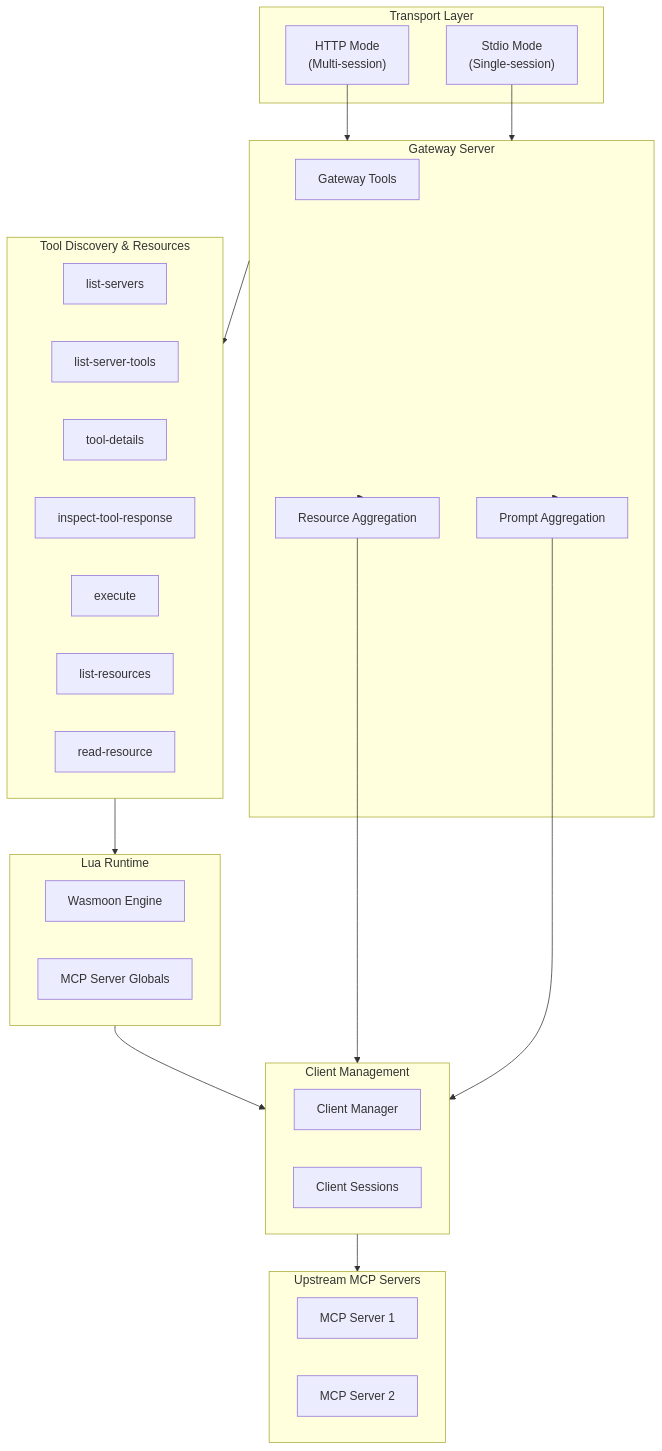
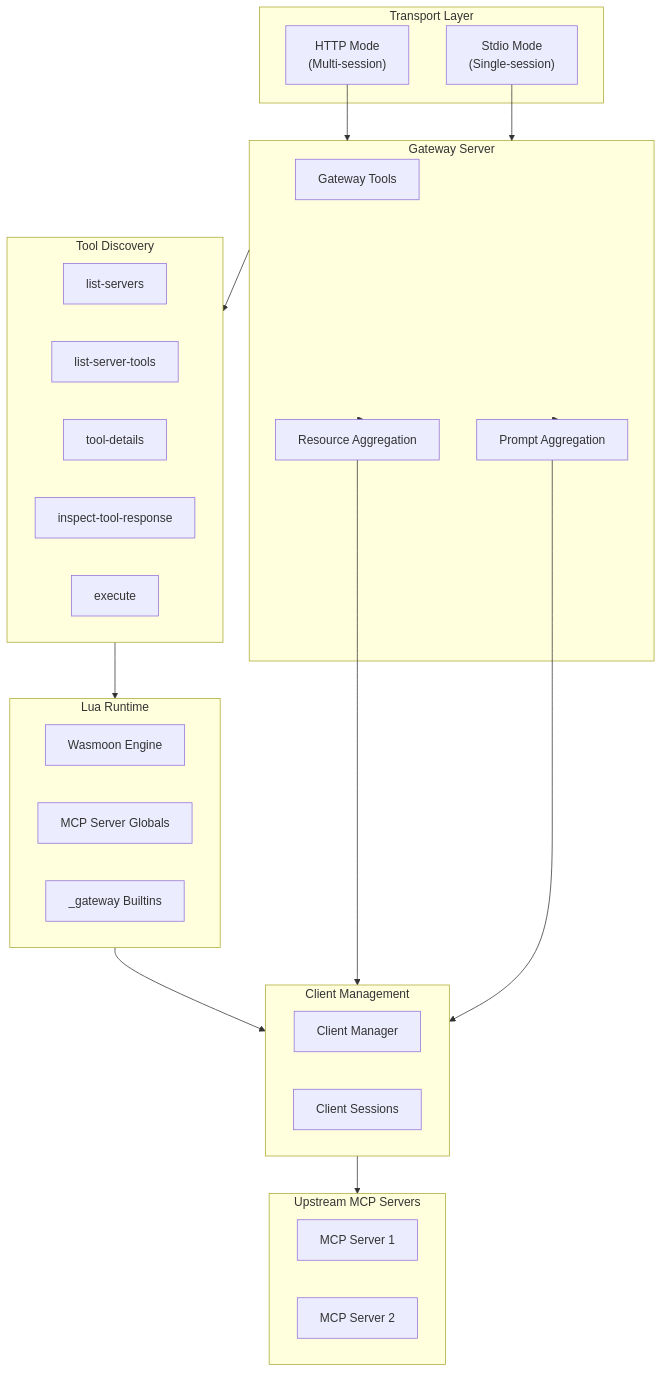
Before and after one commit to karashiiro/my-cool-proxy: the second of 3 diagrams in docs/design/index.md, drawn with Mermaid. The commit also changed 33 other files, not shown here.

First line of the commit message:
refactor: move gateway tools into Lua interpreter as _gateway builtins

````diff
--- a/docs/design/index.md
+++ b/docs/design/index.md
@@ -56,49 +56,48 @@
 ```mermaid
 flowchart TB
     subgraph Transport["Transport Layer"]
         HTTP["HTTP Mode<br/>(Multi-session)"]
         Stdio["Stdio Mode<br/>(Single-session)"]
     end
 
     subgraph Gateway["Gateway Server"]
         Tools["Gateway Tools"]
         ResourceAgg["Resource Aggregation"]
         PromptAgg["Prompt Aggregation"]
     end
 
-    subgraph Discovery["Tool Discovery & Resources"]
+    subgraph Discovery["Tool Discovery"]
         ListServers["list-servers"]
         ListTools["list-server-tools"]
         ToolDetails["tool-details"]
         Inspect["inspect-tool-response"]
         Execute["execute"]
-        ListResources["list-resources"]
-        ReadResource["read-resource"]
     end
 
     subgraph Runtime["Lua Runtime"]
         Wasmoon["Wasmoon Engine"]
         ServerGlobals["MCP Server Globals"]
+        GatewayBuiltins["_gateway Builtins"]
     end
 
     subgraph Clients["Client Management"]
         ClientManager["Client Manager"]
         ClientSession["Client Sessions"]
     end
 
     subgraph Upstream["Upstream MCP Servers"]
         MCP1["MCP Server 1"]
         MCP2["MCP Server 2"]
     end
 
     HTTP --> Gateway
     Stdio --> Gateway
     Gateway --> Discovery
     Discovery --> Runtime
     Runtime --> Clients
     Clients --> Upstream
     Gateway --> ResourceAgg
     Gateway --> PromptAgg
     ResourceAgg --> Clients
     PromptAgg --> Clients
 ```
````
